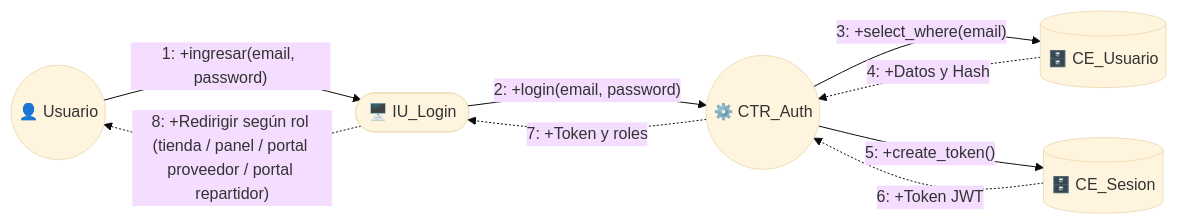
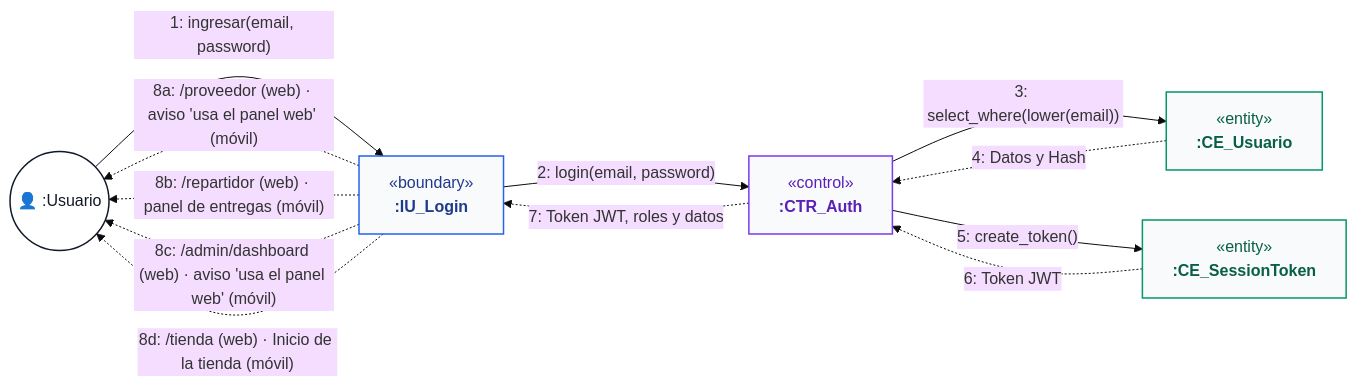
Before and after one commit to jc-larry/ecommerce: the ninth of 53 diagrams in documentos/Ciclo1.md, drawn with Mermaid (base theme). The commit also changed other lines of this file and 148 other files, not shown here.

````diff
--- a/documentos/Ciclo1.md
+++ b/documentos/Ciclo1.md
@@ -850,17 +849,26 @@
 ```mermaid
 flowchart LR
-    Actor(("👤 Usuario"))
-    IU(["🖥️ IU_Login"])
-    CTR(("⚙️ CTR_Auth"))
-    ENT[("🗄️ CE_Usuario")]
-    ENT_S[("🗄️ CE_Sesion")]
+    classDef actorStyle fill:#ffffff,stroke:#111827,stroke-width:1.5px,color:#111827;
+    classDef boundaryStyle fill:#f9fafb,stroke:#2563eb,stroke-width:1.5px,color:#1e3a8a;
+    classDef controlStyle fill:#f9fafb,stroke:#7c3aed,stroke-width:1.5px,color:#5b21b6;
+    classDef entityStyle fill:#f9fafb,stroke:#059669,stroke-width:1.5px,color:#065f46;
+    classDef externalStyle fill:#f9fafb,stroke:#d97706,stroke-width:1.5px,color:#92400e;
 
-    Actor -- "1: +ingresar(email, password)" --> IU
-    IU -- "2: +login(email, password)" --> CTR
-    CTR -- "3: +select_where(email)" --> ENT
-    ENT -. "4: +Datos y Hash" .-> CTR
-    CTR -- "5: +create_token()" --> ENT_S
-    ENT_S -. "6: +Token JWT" .-> CTR
-    CTR -. "7: +Token y roles" .-> IU
-    IU -. "8: +Redirigir según rol (tienda / panel / portal proveedor / portal repartidor)" .-> Actor
+    U(("👤 :Usuario")):::actorStyle
+    IU["&laquo;boundary&raquo;<br/><b>:IU_Login</b>"]:::boundaryStyle
+    CTR["&laquo;control&raquo;<br/><b>:CTR_Auth</b>"]:::controlStyle
+    CE_U["&laquo;entity&raquo;<br/><b>:CE_Usuario</b>"]:::entityStyle
+    CE_S["&laquo;entity&raquo;<br/><b>:CE_SessionToken</b>"]:::entityStyle
+
+    U -- "1: ingresar(email, password)" --> IU
+    IU -- "2: login(email, password)" --> CTR
+    CTR -- "3: select_where(lower(email))" --> CE_U
+    CE_U -. "4: Datos y Hash" .-> CTR
+    CTR -- "5: create_token()" --> CE_S
+    CE_S -. "6: Token JWT" .-> CTR
+    CTR -. "7: Token JWT, roles y datos" .-> IU
+    IU -. "8a: /proveedor (web) · aviso 'usa el panel web' (móvil)" .-> U
+    IU -. "8b: /repartidor (web) · panel de entregas (móvil)" .-> U
+    IU -. "8c: /admin/dashboard (web) · aviso 'usa el panel web' (móvil)" .-> U
+    IU -. "8d: /tienda (web) · Inicio de la tienda (móvil)" .-> U
 ```
````
